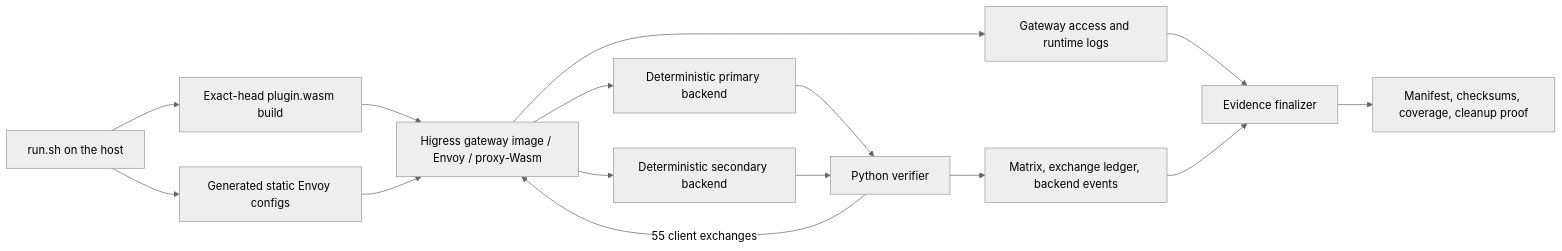
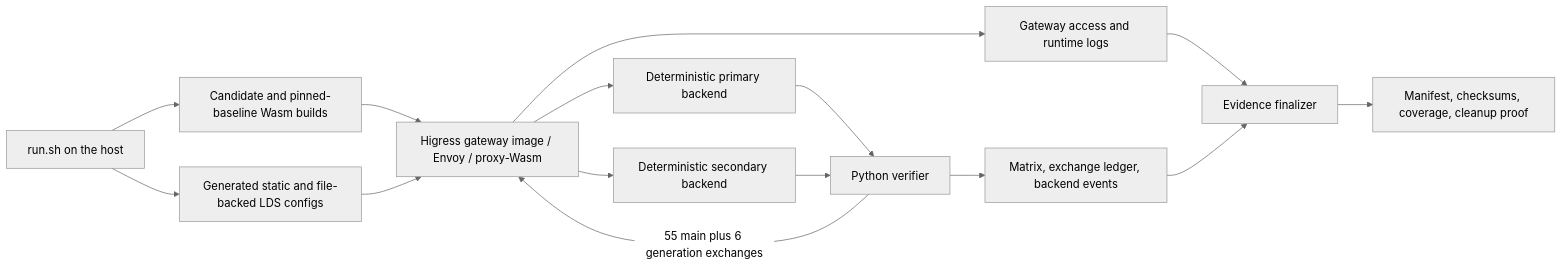
The diagram in plugins/wasm-go/extensions/mcp-server/testdata/runtime-verification/README.md (alibaba/higress), drawn with Mermaid (neutral theme) before and after one commit. The commit also changed other lines of this file and 8 other files, not shown here.

Commit message:
fix(mcp-server): harden schema compatibility verification

````diff
--- a/plugins/wasm-go/extensions/mcp-server/testdata/runtime-verification/README.md
+++ b/plugins/wasm-go/extensions/mcp-server/testdata/runtime-verification/README.md
@@ -42,17 +56,17 @@
 ```mermaid
 flowchart LR
-    R["run.sh on the host"] --> W["Exact-head plugin.wasm build"]
-    R --> G["Generated static Envoy configs"]
+    R["run.sh on the host"] --> W["Candidate and pinned-baseline Wasm builds"]
+    R --> G["Generated static and file-backed LDS configs"]
     W --> E["Higress gateway image / Envoy / proxy-Wasm"]
     G --> E
-    V["Python verifier"] -->|"55 client exchanges"| E
+    V["Python verifier"] -->|"55 main plus 6 generation exchanges"| E
     E --> P["Deterministic primary backend"]
     E --> S["Deterministic secondary backend"]
     P --> V
     S --> V
     E --> L["Gateway access and runtime logs"]
     V --> M["Matrix, exchange ledger, backend events"]
     L --> F["Evidence finalizer"]
     M --> F
     F --> O["Manifest, checksums, coverage, cleanup proof"]
 ```
````
